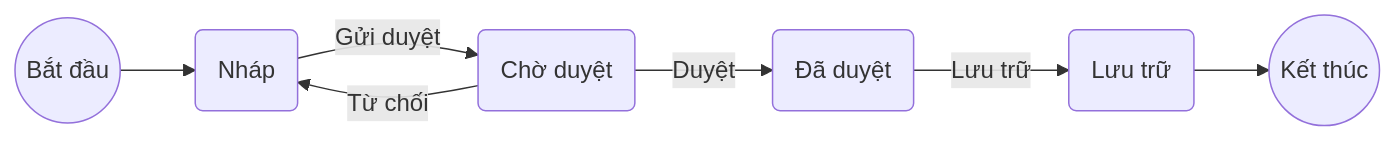
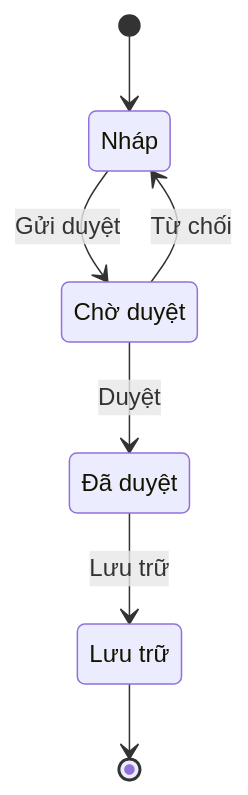
One commit to buidhui/po_workflow changed the diagram in engine/standards/diagrams.md. Above: the diagram before and after it, drawn with Mermaid. The commit also changed other lines of this file and 61 other files, not shown here.

````diff
--- a/engine/standards/diagrams.md
+++ b/engine/standards/diagrams.md
@@ -38,9 +41,13 @@
 ```mermaid
-flowchart LR
-    BD(("Bắt đầu")) --> NHAP("Nháp")
-    NHAP -->|Gửi duyệt| CHO("Chờ duyệt")
-    CHO -->|Duyệt| DUYET("Đã duyệt")
-    CHO -->|Từ chối| NHAP
-    DUYET -->|Lưu trữ| LUU("Lưu trữ")
-    LUU --> KT(("Kết thúc"))
+stateDiagram-v2
+    state "Nháp" as NHAP
+    state "Chờ duyệt" as CHO
+    state "Đã duyệt" as DUYET
+    state "Lưu trữ" as LUU
+    [*] --> NHAP
+    NHAP --> CHO : Gửi duyệt
+    CHO --> DUYET : Duyệt
+    CHO --> NHAP : Từ chối
+    DUYET --> LUU : Lưu trữ
+    LUU --> [*]
 ```
````
